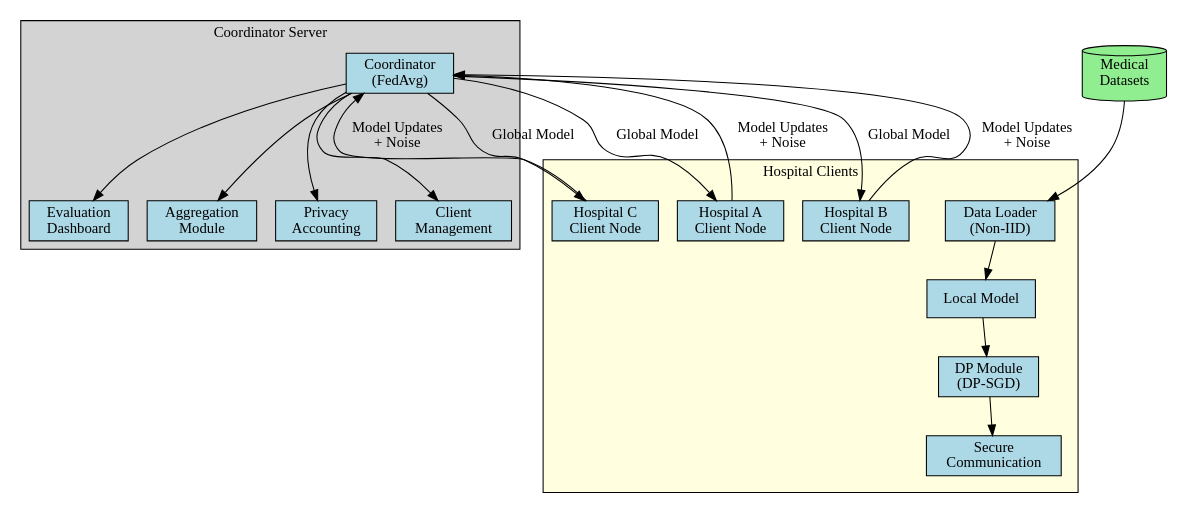
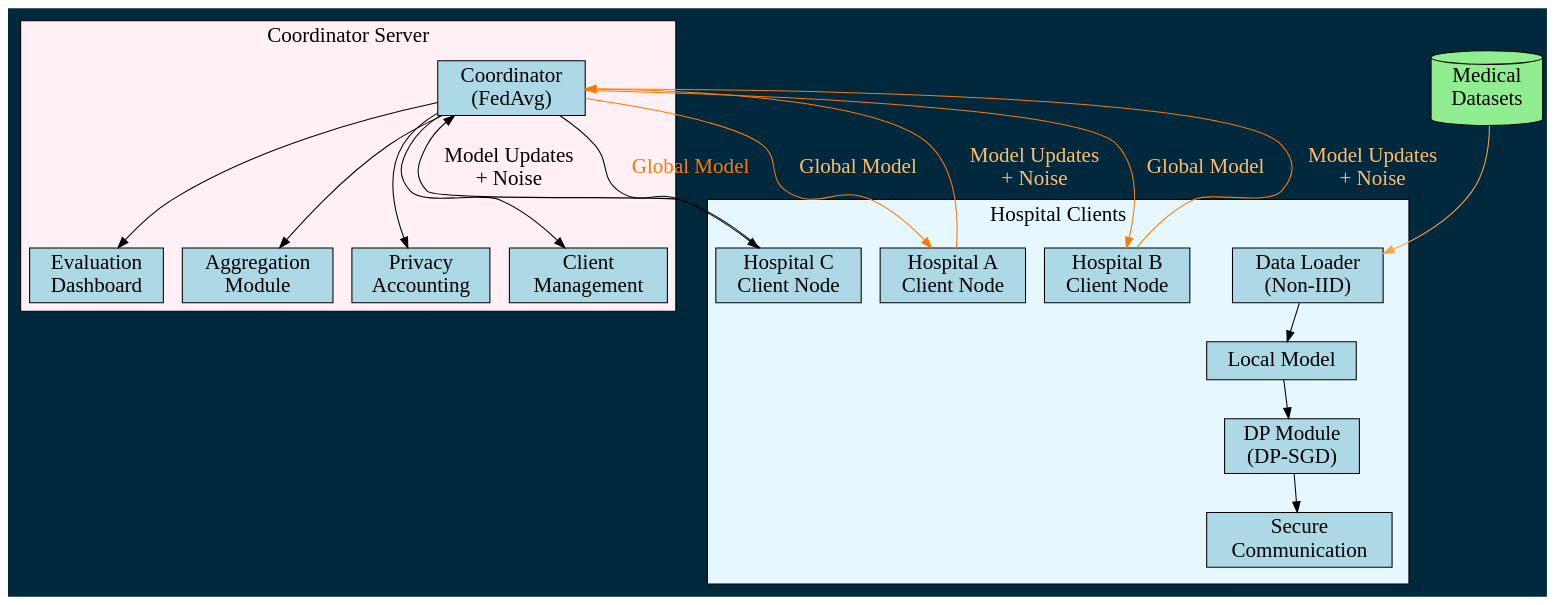
Before and after one commit to skye-cyber/ARCH-FL: the diagram in assets/diagrams/architecture.dot, drawn with Graphviz. The commit also changed 16 other files, not shown here.

```diff
--- a/assets/diagrams/architecture.dot
+++ b/assets/diagrams/architecture.dot
@@ -1,64 +1,67 @@
 digraph Architecture {
     rankdir=TB;
-    node [shape=box, style=filled, fillcolor=lightblue];
+    bgcolor="#00293d";
+    fontsize=20;
+    node [shape=box, style=filled, fillcolor=lightblue, fontsize=20];
+    edge [fontcolor="#ffbe6f", fontsize=20];
 
     // Coordinator Server
     subgraph cluster_coordinator {
         label="Coordinator Server";
         style=filled;
-        fillcolor=lightgrey;
+        fillcolor="#fff0f5";
 
         Coordinator [label="Coordinator\n(FedAvg)"];
         Aggregation [label="Aggregation\nModule"];
         PrivacyAccounting [label="Privacy\nAccounting"];
         ClientManager [label="Client\nManagement"];
         Evaluation [label="Evaluation\nDashboard"];
 
         Coordinator -> Aggregation;
         Coordinator -> PrivacyAccounting;
         Coordinator -> ClientManager;
         Coordinator -> Evaluation;
     }
 
     // Clients
     subgraph cluster_clients {
         label="Hospital Clients";
         style=filled;
-        fillcolor=lightyellow;
+        fillcolor="#e6f7ff";
 
         Client1 [label="Hospital A\nClient Node"];
         Client2 [label="Hospital B\nClient Node"];
         Client3 [label="Hospital C\nClient Node"];
 
         subgraph cluster_client_internal {
             label="";
             style=invis;
 
             LocalModel [label="Local Model"];
             DPModule [label="DP Module\n(DP-SGD)"];
             DataLoader [label="Data Loader\n(Non-IID)"];
             SecureComm [label="Secure\nCommunication"];
 
             LocalModel -> DPModule;
             DataLoader -> LocalModel;
             DPModule -> SecureComm;
         }
 
         Client1 -> LocalModel [style=invis];
         Client2 -> LocalModel [style=invis];
         Client3 -> LocalModel [style=invis];
     }
 
     // Data flow
-    Coordinator -> Client1 [label="Global Model"];
-    Coordinator -> Client2 [label="Global Model"];
-    Coordinator -> Client3 [label="Global Model"];
+    Coordinator -> Client1 [label="Global Model", color="#ff7800"];
+    Coordinator -> Client2 [label="Global Model", color="#ff7800"];
+    Coordinator -> Client3 [label="Global Model", fontcolor="#ff7800"];
 
-    Client1 -> Coordinator [label="Model Updates\n+ Noise"];
-    Client2 -> Coordinator [label="Model Updates\n+ Noise"];
-    Client3 -> Coordinator [label="Model Updates\n+ Noise"];
+    Client1 -> Coordinator [label="Model Updates\n+ Noise", color="#ff7800"];
+    Client2 -> Coordinator [label="Model Updates\n+ Noise", color="#ff7800"];
+    Client3 -> Coordinator [label="Model Updates\n+ Noise", fontcolor=black];
 
     // External
     MedicalData [shape=cylinder, label="Medical\nDatasets", fillcolor=lightgreen];
-    MedicalData -> DataLoader;
+    MedicalData -> DataLoader [color="#ffa348"];
 }
```
